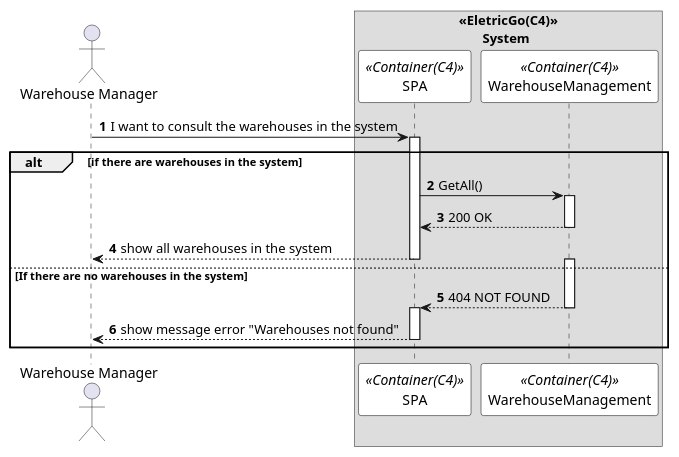
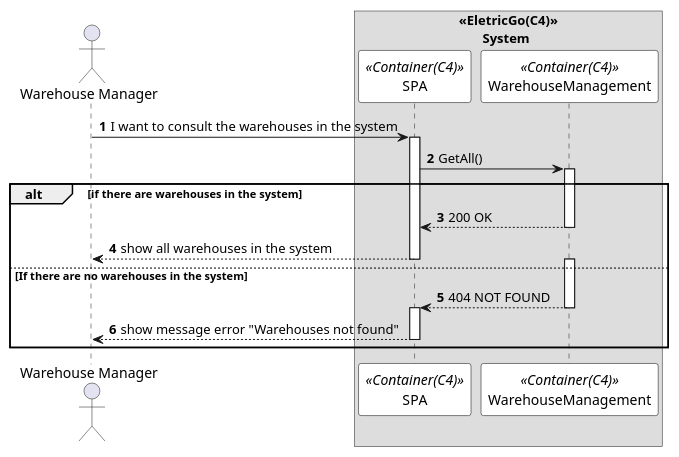
The diagram in Documents/1200720/.puml/listWarehousesSD.puml (0franciscor/dei_3dj_057), drawn with PlantUML before and after one commit. The commit also changed other lines of this file and 4 other files, not shown here.

Commit message:
#36 - Diagrama de sequencia do caso de uso de ler informação sobre um armazém

```diff
--- a/Documents/1200720/.puml/listWarehousesSD.puml
+++ b/Documents/1200720/.puml/listWarehousesSD.puml
@@ -1,44 +1,44 @@
 @startuml 
 autonumber
 
 skinparam sequence {
 ParticipantBorderColor black
 ParticipantBackgroundColor white
 }
 
 actor "Warehouse Manager" as admin
 box "<<EletricGo(C4)>>\n       System"
 participant SPA as system <<Container(C4)>>
 participant WarehouseManagement as  WM <<Container(C4)>>
 end box
 
 
 admin -> system: I want to consult the warehouses in the system
 activate system
-
-alt if there are warehouses in the system
 system -> WM : GetAll()
 activate WM
+alt if there are warehouses in the system
+
 WM --> system : 200 OK 
 deactivate WM
 
 
 system --> admin: show all warehouses in the system
 deactivate system
 
 else If there are no warehouses in the system
 
 activate WM
 WM --> system : 404 NOT FOUND
 deactivate WM
 activate system
  
 system --> admin: show message error "Warehouses not found"
 deactivate system 
 
 
 end
 
 deactivate admin
 
 @enduml
```
